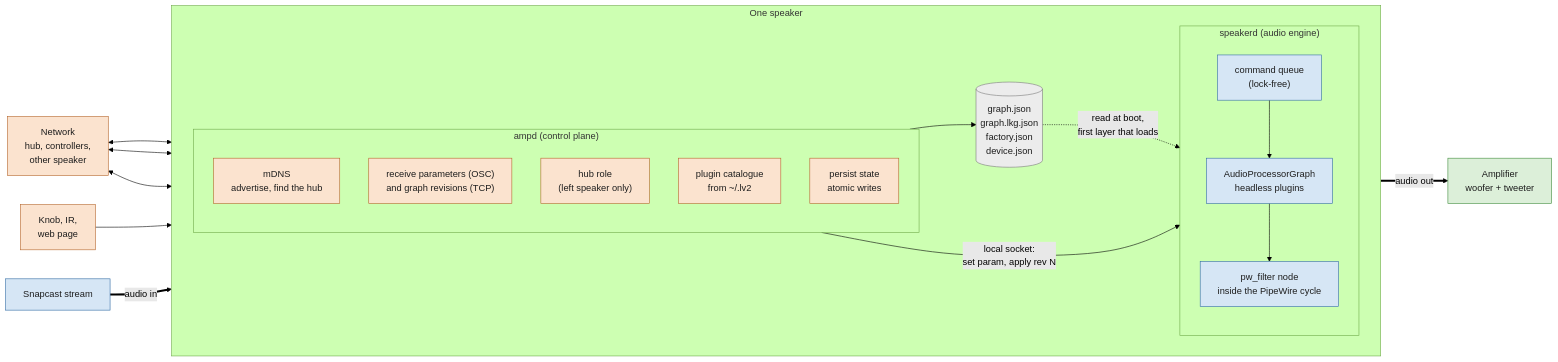
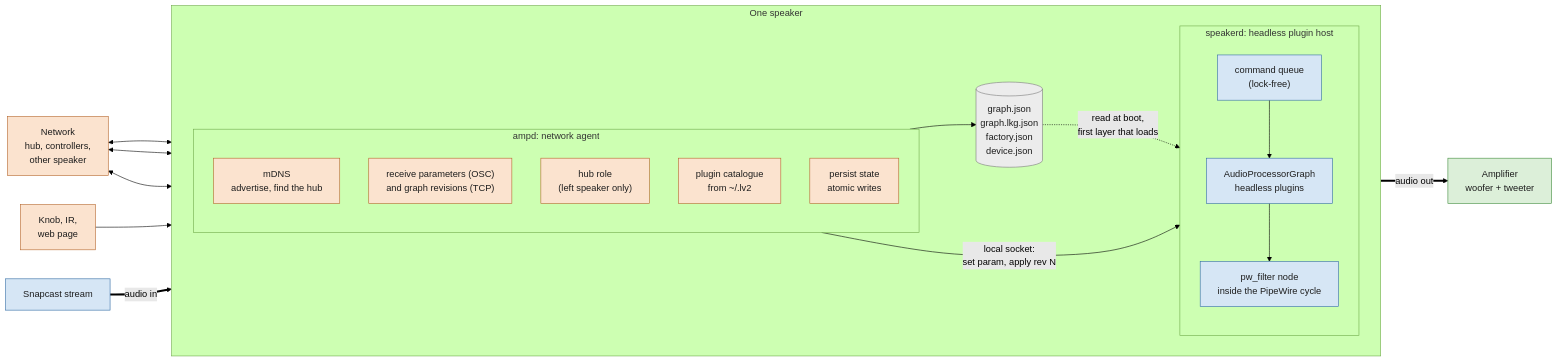
Before and after one commit to AMuszkat/bpi_amp_platform: the fourth of 10 diagrams in docs/remote-plugin-host.md, drawn with Mermaid (forest theme). The commit also changed other lines of this file, not shown here.

First line of the commit message:
Define speakerd as the headless plugin host throughout the proposal

````diff
--- a/docs/remote-plugin-host.md
+++ b/docs/remote-plugin-host.md
@@ -139,40 +182,40 @@
 ```mermaid
 flowchart LR
     classDef ctl fill:#fbe3cf,stroke:#b4642a,color:#1d1d1d
     classDef aud fill:#d6e6f5,stroke:#2f6aa3,color:#1d1d1d
     classDef sto fill:#ececec,stroke:#7a7a7a,color:#1d1d1d
     classDef hw fill:#dcefd9,stroke:#3d8a3a,color:#1d1d1d
 
     net["Network<br/>hub, controllers,<br/>other speaker"]:::ctl
     knob["Knob, IR,<br/>web page"]:::ctl
 
     subgraph SPK["One speaker"]
         direction LR
-        subgraph AMPD["ampd (control plane)"]
+        subgraph AMPD["ampd: network agent"]
             direction TB
             disc["mDNS<br/>advertise, find the hub"]:::ctl
             rx["receive parameters (OSC)<br/>and graph revisions (TCP)"]:::ctl
             hubrole["hub role<br/>(left speaker only)"]:::ctl
             cat["plugin catalogue<br/>from ~/.lv2"]:::ctl
             persist["persist state<br/>atomic writes"]:::ctl
         end
         files[("graph.json<br/>graph.lkg.json<br/>factory.json<br/>device.json")]:::sto
-        subgraph SD["speakerd (audio engine)"]
+        subgraph SD["speakerd: headless plugin host"]
             direction TB
             cmd["command queue<br/>(lock-free)"]:::aud
             eng["AudioProcessorGraph<br/>headless plugins"]:::aud
             pwf["pw_filter node<br/>inside the PipeWire cycle"]:::aud
             cmd --> eng --> pwf
         end
         rx -- "local socket:<br/>set param, apply rev N" --> cmd
         persist --> files
         files -. "read at boot,<br/>first layer that loads" .-> eng
     end
 
     net <--> disc
     net <--> rx
     net <--> hubrole
     knob --> hubrole
     snap["Snapcast stream"]:::aud == "audio in" ==> pwf
     pwf == "audio out" ==> amp["Amplifier<br/>woofer + tweeter"]:::hw
 ```
````
